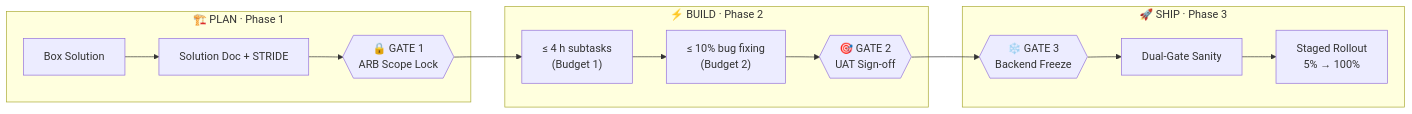
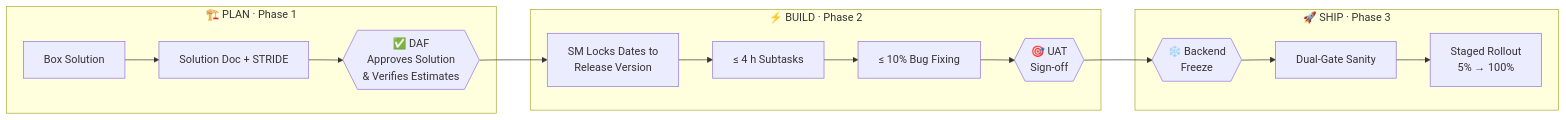
Before and after one commit to ihjohny/squad-model: the first of 2 diagrams in ENTERPRISE_MOBILE_SUPERAPP_WORKFLOW.md, drawn with Mermaid. The commit also changed other lines of this file and 3 other files, not shown here.

First line of the commit message:
Replace gate/budget framing with DAF approval + SM-locked scheduling

````diff
--- a/ENTERPRISE_MOBILE_SUPERAPP_WORKFLOW.md
+++ b/ENTERPRISE_MOBILE_SUPERAPP_WORKFLOW.md
@@ -34,12 +34,12 @@
 ```mermaid
 flowchart LR
     subgraph PLAN["🏗️ PLAN · Phase 1"]
-        A[Box Solution] --> B[Solution Doc + STRIDE] --> C{{"🔒 GATE 1<br/>ARB Scope Lock"}}
+        A[Box Solution] --> B[Solution Doc + STRIDE] --> C{{"✅ DAF<br/>Approves Solution<br/>& Verifies Estimates"}}
     end
     subgraph BUILD["⚡ BUILD · Phase 2"]
-        C --> D["≤ 4 h subtasks<br/>(Budget 1)"] --> E["≤ 10% bug fixing<br/>(Budget 2)"] --> F{{"🎯 GATE 2<br/>UAT Sign-off"}}
+        C --> D["SM Locks Dates to<br/>Release Version"] --> E["≤ 4 h Subtasks"] --> F["≤ 10% Bug Fixing"] --> G{{"🎯 UAT<br/>Sign-off"}}
     end
     subgraph SHIP["🚀 SHIP · Phase 3"]
-        F --> G{{"❄️ GATE 3<br/>Backend Freeze"}} --> H[Dual-Gate Sanity] --> I["Staged Rollout<br/>5% → 100%"]
+        G --> H{{"❄️ Backend<br/>Freeze"}} --> I[Dual-Gate Sanity] --> J["Staged Rollout<br/>5% → 100%"]
     end
 ```
````
